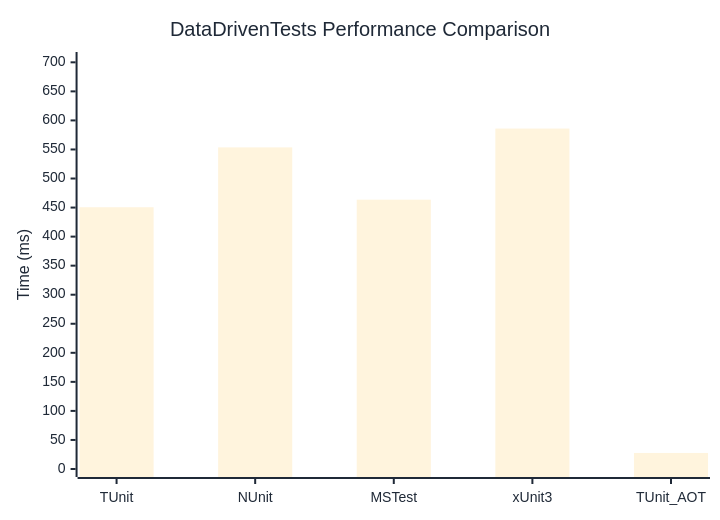
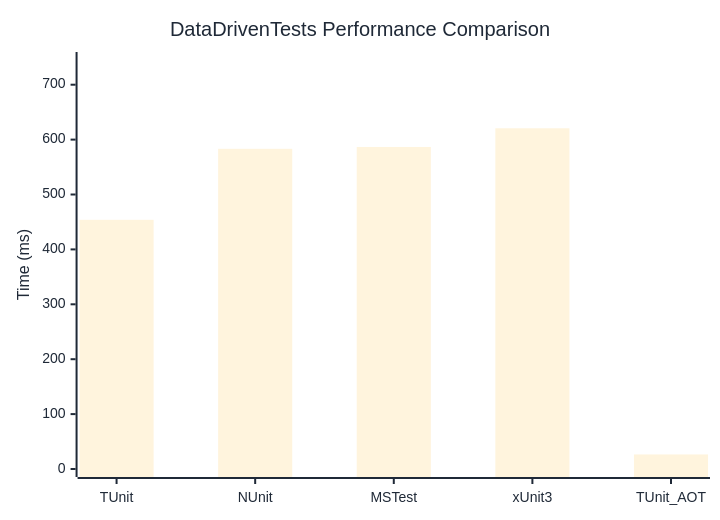
The diagram in docs/docs/benchmarks/DataDrivenTests.md (thomhurst/TUnit), drawn with Mermaid before and after one commit. The commit also changed other lines of this file and 17 other files, not shown here.

````diff
--- a/docs/docs/benchmarks/DataDrivenTests.md
+++ b/docs/docs/benchmarks/DataDrivenTests.md
@@ -27,37 +27,37 @@
 ```mermaid
 %%{init: {
   'theme':'base',
   'themeVariables': {
     'primaryColor': '#2563eb',
     'primaryTextColor': '#1f2937',
     'primaryBorderColor': '#1e40af',
     'lineColor': '#6b7280',
     'secondaryColor': '#7c3aed',
     'tertiaryColor': '#dc2626',
     'background': '#ffffff',
     'mainBkg': '#2563eb',
     'secondBkg': '#7c3aed',
     'tertiaryBkg': '#dc2626',
     'clusterBkg': '#f3f4f6',
     'edgeLabelBackground': '#ffffff',
     'tertiaryTextColor': '#1f2937',
     'pie1': '#2563eb',
     'pie2': '#7c3aed',
     'pie3': '#dc2626',
     'pie4': '#f59e0b',
     'pie5': '#10b981',
     'pie6': '#06b6d4',
     'pie7': '#ec4899',
     'pie8': '#6366f1',
     'pie9': '#84cc16',
     'pie10': '#f97316',
     'pie11': '#14b8a6',
     'pie12': '#a855f7'
   }
 }}%%
 xychart-beta
   title "DataDrivenTests Performance Comparison"
   x-axis ["TUnit", "NUnit", "MSTest", "xUnit3", "TUnit_AOT"]
-  y-axis "Time (ms)" 0 --> 704
-  bar [450.55, 553.6, 463.57, 585.97, 27.61]
+  y-axis "Time (ms)" 0 --> 745
+  bar [453.91, 583.24, 586.6, 620.66, 26.49]
 ```
````
